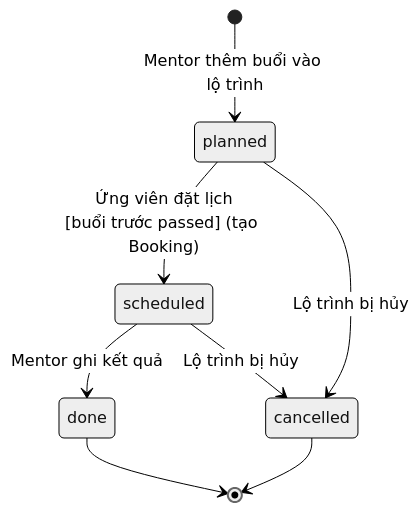
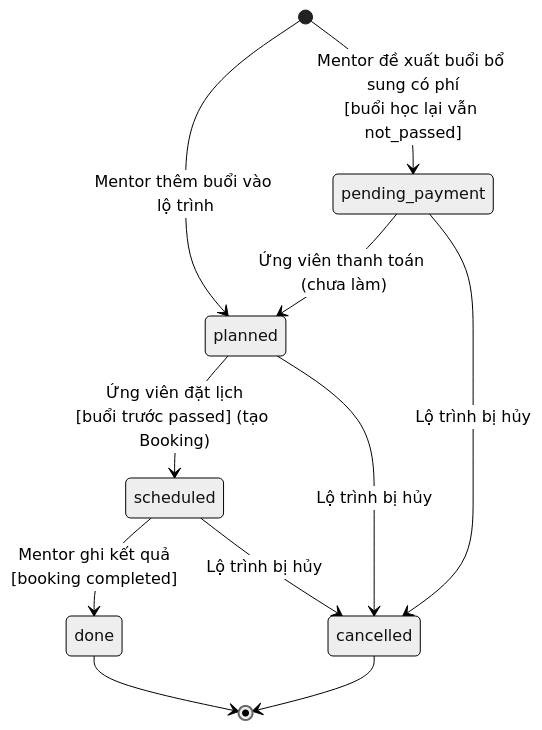
Before and after one commit to YenNhi206/ProInterview: diagram 14 of 15 in docs/STATE_MACHINES.md, drawn with Mermaid (neutral theme). The commit also changed other lines of this file and 15 other files, not shown here.

First line of the commit message:
LP-13: mentor ghi kết quả buổi lộ trình, học lại 0đ, đề xuất buổi bổ sung có phí

````diff
--- a/docs/STATE_MACHINES.md
+++ b/docs/STATE_MACHINES.md
@@ -357,10 +357,13 @@
 ```mermaid
 stateDiagram-v2
     [*] --> planned : Mentor thêm buổi vào lộ trình
     planned --> scheduled : Ứng viên đặt lịch<br/>[buổi trước passed] (tạo Booking)
-    scheduled --> done : Mentor ghi kết quả
+    scheduled --> done : Mentor ghi kết quả<br/>[booking completed]
+    [*] --> pending_payment : Mentor đề xuất buổi bổ sung có phí<br/>[buổi học lại vẫn not_passed]
+    pending_payment --> planned : Ứng viên thanh toán (chưa làm)
+    pending_payment --> cancelled : Lộ trình bị hủy
     planned --> cancelled : Lộ trình bị hủy
     scheduled --> cancelled : Lộ trình bị hủy
     done --> [*]
     cancelled --> [*]
 ```
````
